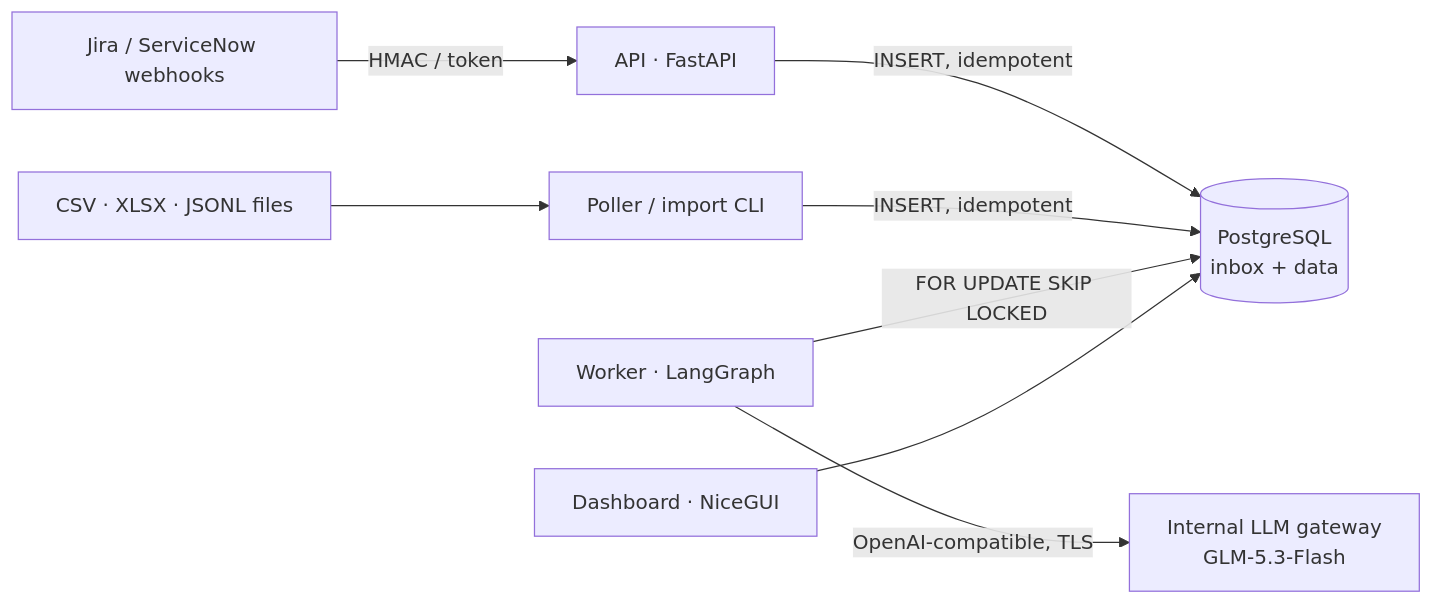
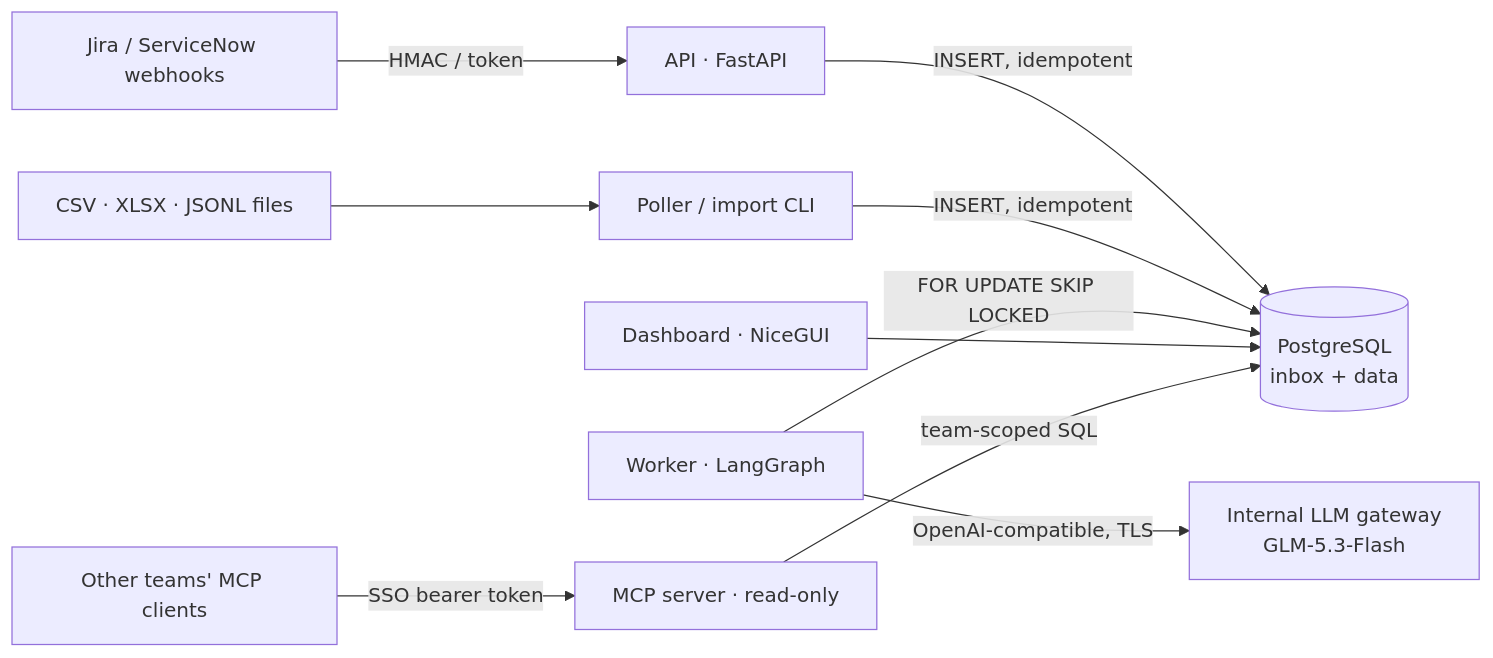
The diagram in README.md (mecitsemerci/branchops-intelligence), drawn with Mermaid before and after one commit. The commit also changed other lines of this file and 20 other files, not shown here.

````diff
--- a/README.md
+++ b/README.md
@@ -13,10 +13,12 @@
 ```mermaid
 flowchart LR
     J[Jira / ServiceNow webhooks] -->|HMAC / token| A[API · FastAPI]
     F[CSV · XLSX · JSONL files] --> P[Poller / import CLI]
     A -->|INSERT, idempotent| PG[(PostgreSQL<br/>inbox + data)]
     P -->|INSERT, idempotent| PG
     W[Worker · LangGraph] -->|FOR UPDATE SKIP LOCKED| PG
     W -->|OpenAI-compatible, TLS| M[Internal LLM gateway<br/>GLM-5.3-Flash]
     D[Dashboard · NiceGUI] --> PG
+    C[Other teams' MCP clients] -->|SSO bearer token| X[MCP server · read-only]
+    X -->|team-scoped SQL| PG
 ```
````
